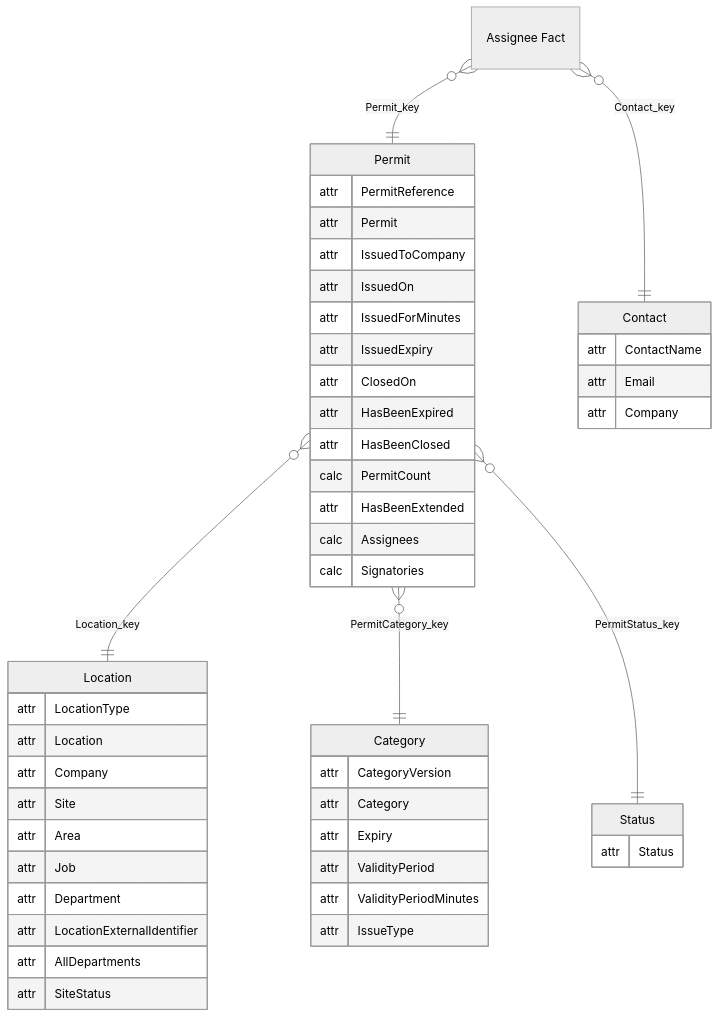
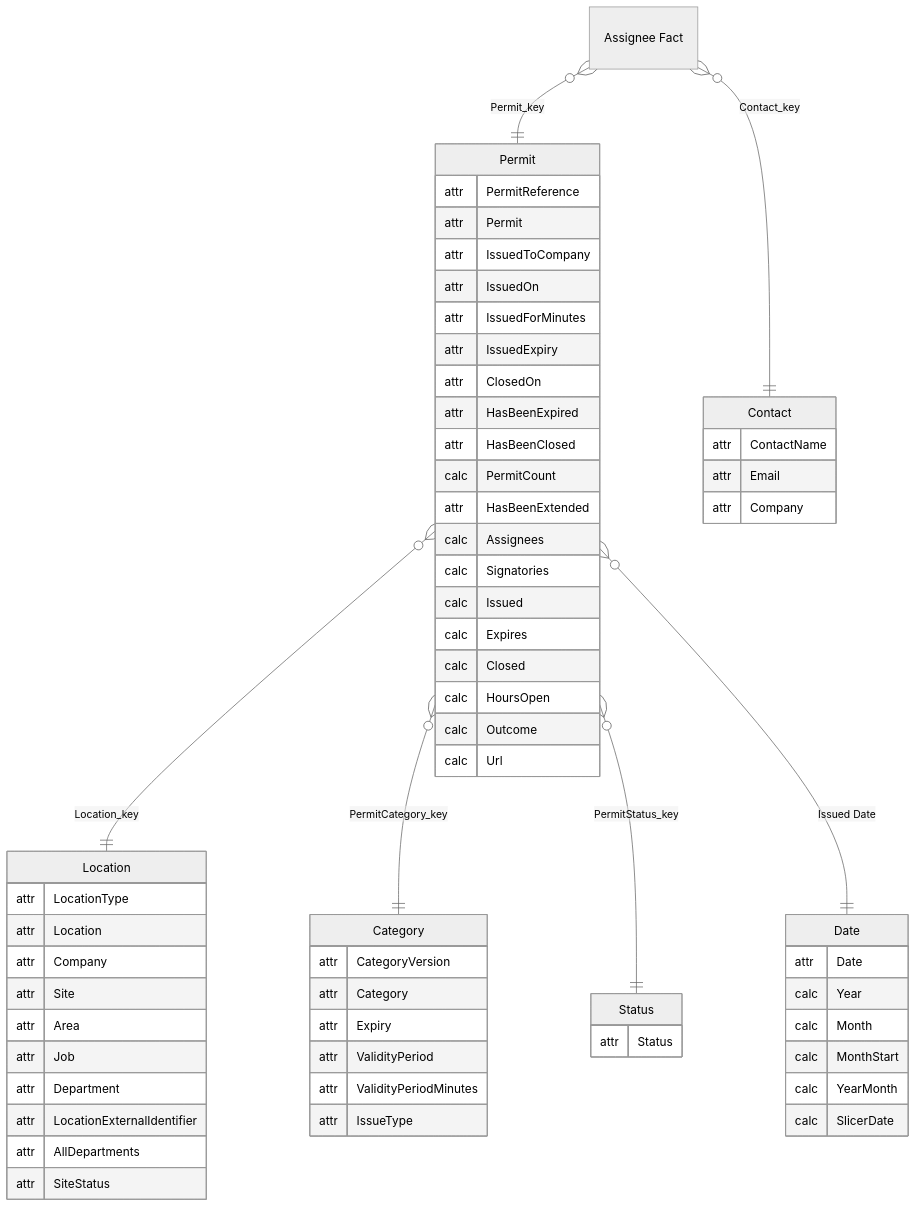
The first of 7 diagrams in PowerBISamplesModels/Permits.md (work-wallet/BIClient), drawn with Mermaid before and after one commit. The commit also changed other lines of this file and 816 other files, not shown here.

````diff
--- a/PowerBISamplesModels/Permits.md
+++ b/PowerBISamplesModels/Permits.md
@@ -7,57 +7,72 @@
 ```mermaid
 ---
 config:
   theme: neutral
 ---
 erDiagram
     "Permit" {
         attr PermitReference
         attr Permit
         attr IssuedToCompany
         attr IssuedOn
         attr IssuedForMinutes
         attr IssuedExpiry
         attr ClosedOn
         attr HasBeenExpired
         attr HasBeenClosed
         calc PermitCount
         attr HasBeenExtended
         calc Assignees
         calc Signatories
+        calc Issued
+        calc Expires
+        calc Closed
+        calc HoursOpen
+        calc Outcome
+        calc Url
     }
     "Status" {
         attr Status
     }
     "Location" {
         attr LocationType
         attr Location
         attr Company
         attr Site
         attr Area
         attr Job
         attr Department
         attr LocationExternalIdentifier
         attr AllDepartments
         attr SiteStatus
     }
     "Category" {
         attr CategoryVersion
         attr Category
         attr Expiry
         attr ValidityPeriod
         attr ValidityPeriodMinutes
         attr IssueType
     }
     "Assignee Fact" {
     }
     "Contact" {
         attr ContactName
         attr Email
         attr Company
     }
+    "Date" {
+        attr Date
+        calc Year
+        calc Month
+        calc MonthStart
+        calc YearMonth
+        calc SlicerDate
+    }
     "Permit" }o--|| "Location" : "Location_key"
     "Permit" }o--|| "Category" : "PermitCategory_key"
     "Permit" }o--|| "Status" : "PermitStatus_key"
     "Assignee Fact" }o--|| "Contact" : "Contact_key"
     "Assignee Fact" }o--|| "Permit" : "Permit_key"
+    "Permit" }o--|| "Date" : "Issued Date"
 ```
````
